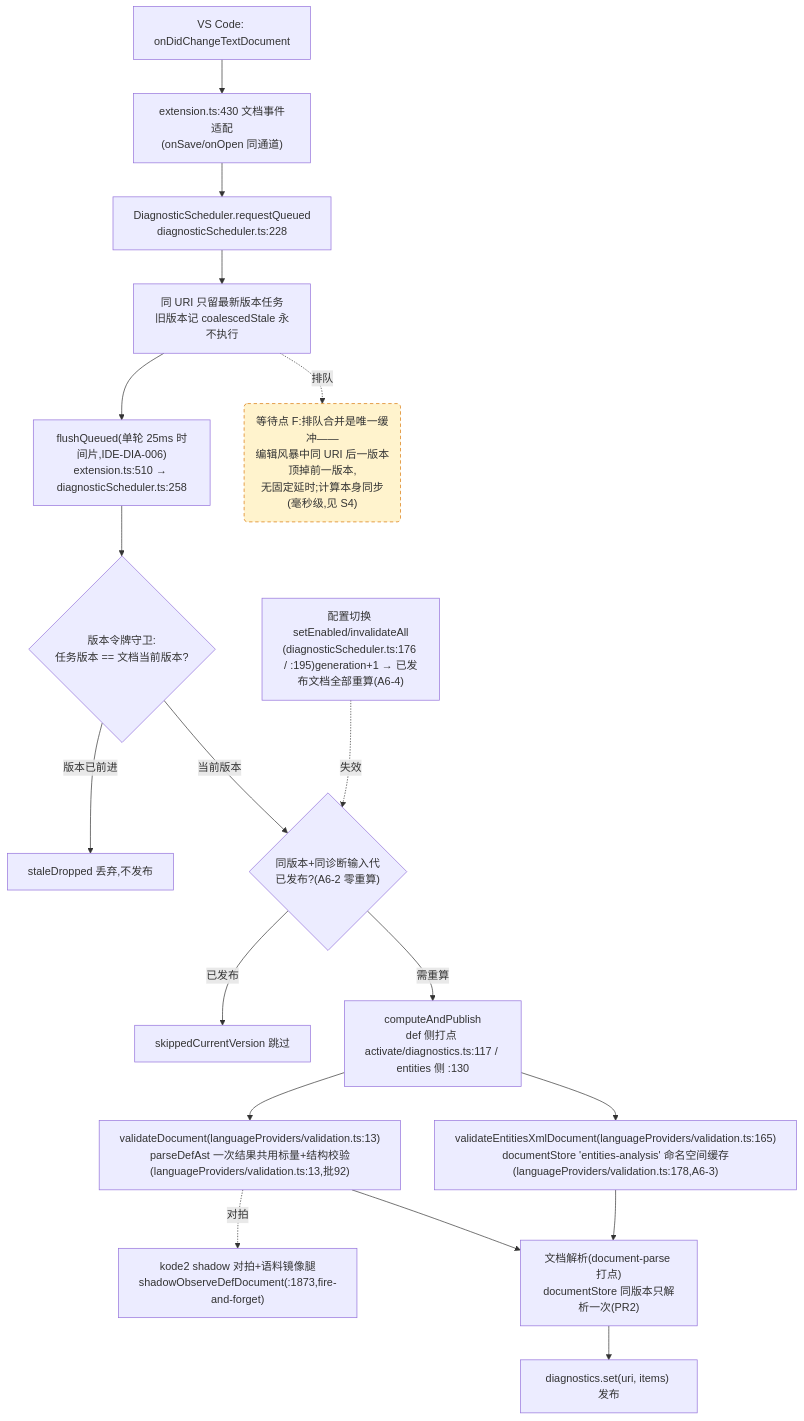
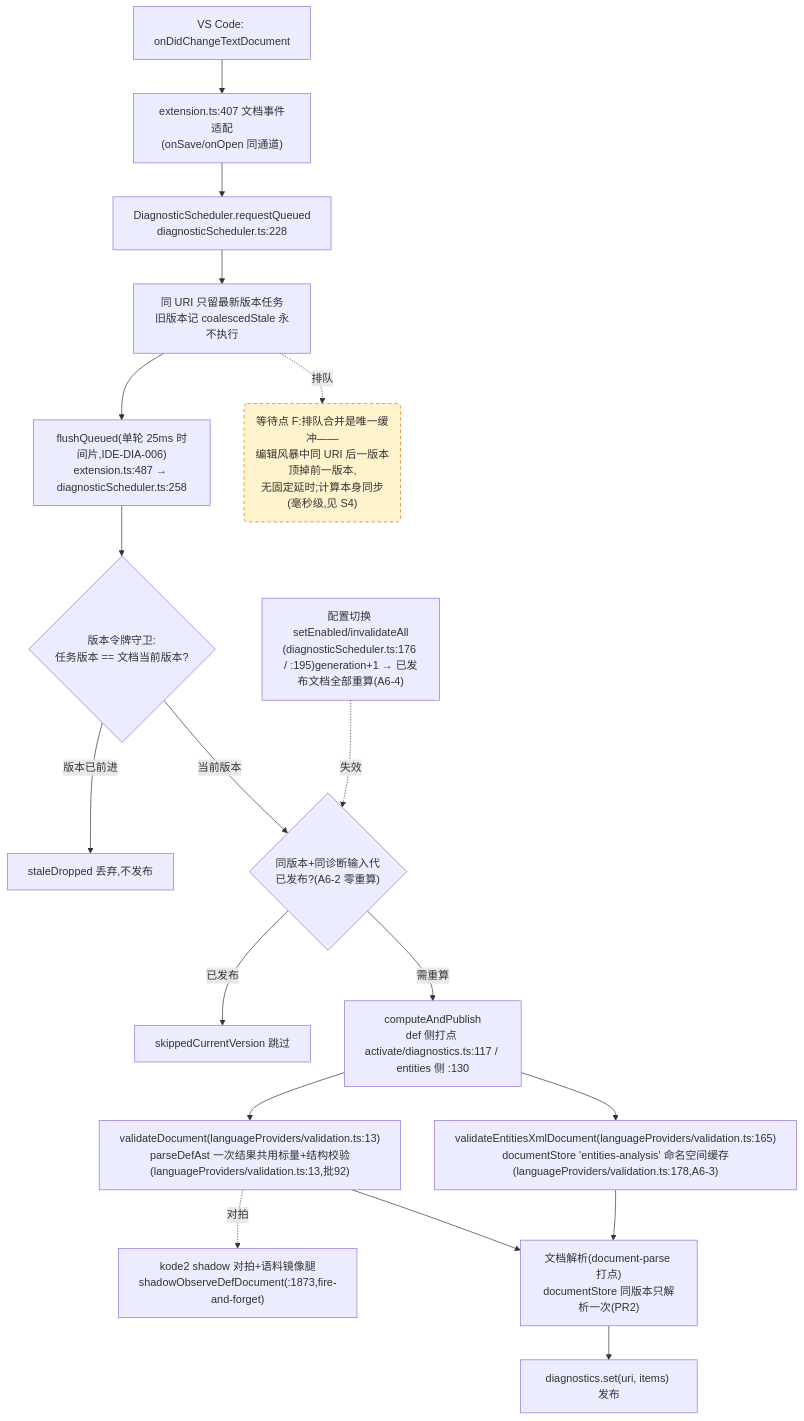
One commit to cuihairu/kode changed the fourth of 4 diagrams in docs/perf/2026-baseline.md. Above: the diagram before and after it, drawn with Mermaid. The commit also changed 10 other files, not shown here.

````diff
--- a/docs/perf/2026-baseline.md
+++ b/docs/perf/2026-baseline.md
@@ -214,38 +214,38 @@
 ```mermaid
 flowchart TD
   CHG["VS Code: onDidChangeTextDocument"]
-  WATCH["extension.ts:430 文档事件适配<br/>(onSave/onOpen 同通道)"]
+  WATCH["extension.ts:407 文档事件适配<br/>(onSave/onOpen 同通道)"]
   RQ["DiagnosticScheduler.requestQueued<br/>diagnosticScheduler.ts:228"]
   CO["同 URI 只留最新版本任务<br/>旧版本记 coalescedStale 永不执行"]
-  FL["flushQueued(单轮 25ms 时间片,IDE-DIA-006)<br/>extension.ts:510 → diagnosticScheduler.ts:258"]
+  FL["flushQueued(单轮 25ms 时间片,IDE-DIA-006)<br/>extension.ts:487 → diagnosticScheduler.ts:258"]
   VG{"版本令牌守卫:<br/>任务版本 == 文档当前版本?"}
   DROP["staleDropped 丢弃,不发布"]
   GEN{"同版本+同诊断输入代<br/>已发布?(A6-2 零重算)"}
   SKIP["skippedCurrentVersion 跳过"]
   CALC["computeAndPublish<br/>def 侧打点 activate/diagnostics.ts:117 / entities 侧 :130"]
   VD["validateDocument(languageProviders/validation.ts:13)<br/>parseDefAst 一次结果共用标量+结构校验(languageProviders/validation.ts:13,批92)"]
   VEX["validateEntitiesXmlDocument(languageProviders/validation.ts:165)<br/>documentStore 'entities-analysis' 命名空间缓存(languageProviders/validation.ts:178,A6-3)"]
   SHDD["kode2 shadow 对拍+语料镜像腿<br/>shadowObserveDefDocument(:1873,fire-and-forget)"]
   DS["文档解析(document-parse 打点)<br/>documentStore 同版本只解析一次(PR2)"]
   PUB["diagnostics.set(uri, items) 发布"]
   CFG2["配置切换 setEnabled/invalidateAll<br/>(diagnosticScheduler.ts:176 / :195)generation+1 → 已发布文档全部重算(A6-4)"]
 
   CHG --> WATCH --> RQ --> CO --> FL --> VG
   VG -- "版本已前进" --> DROP
   VG -- "当前版本" --> GEN
   GEN -- "已发布" --> SKIP
   GEN -- "需重算" --> CALC
   CALC --> VD
   CALC --> VEX
   VD --> DS
   VEX --> DS
   DS --> PUB
   VD -.->|对拍| SHDD
   CFG2 -.->|失效| GEN
 
   WAITF("等待点 F:排队合并是唯一缓冲——<br/>编辑风暴中同 URI 后一版本顶掉前一版本,<br/>无固定延时;计算本身同步(毫秒级,见 S4)")
   CO -.->|排队| WAITF
 
   classDef waitPoint fill:#fff3cd,stroke:#d97706,stroke-dasharray:5 4;
   class WAITF waitPoint;
 ```
````
